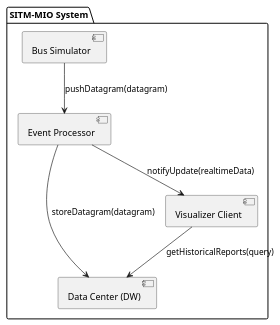
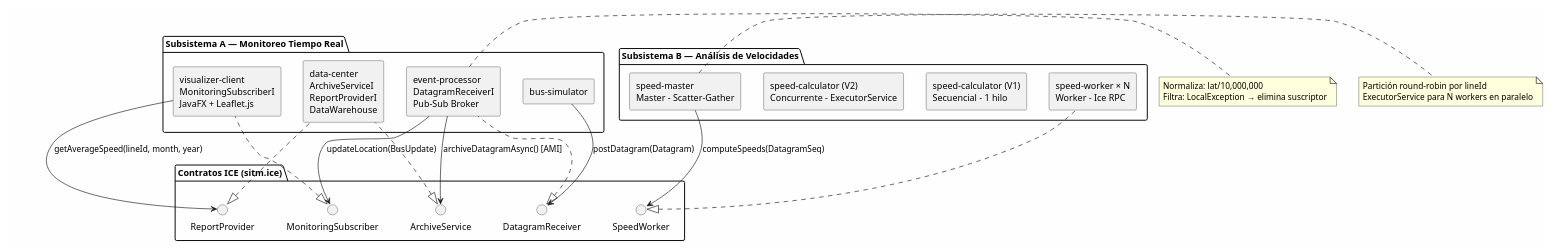
One commit to JOSED235/SITM-MIOLNJ changed the diagram in Entrega-SITM-MIO/3_Implementacion/sitm-mio/docs/ARCHITECTURE_PLAN.md. Above: the diagram before and after it, drawn with PlantUML. The commit also changed other lines of this file and 18 other files, not shown here.

````diff
--- a/Entrega-SITM-MIO/3_Implementacion/sitm-mio/docs/ARCHITECTURE_PLAN.md
+++ b/Entrega-SITM-MIO/3_Implementacion/sitm-mio/docs/ARCHITECTURE_PLAN.md
@@ -5,15 +8,50 @@
 ```plantuml
 @startuml
-package "SITM-MIO System" {
-    [Bus Simulator] as BS
-    [Event Processor] as EP
-    [Data Center (DW)] as DC
-    [Visualizer Client] as VC
+skinparam componentStyle rectangle
+skinparam backgroundColor #FEFEFE
+
+package "Contratos ICE (sitm.ice)" {
+    interface DatagramReceiver
+    interface ArchiveService
+    interface MonitoringSubscriber
+    interface ReportProvider
+    interface SpeedWorker
 }
 
-BS --> EP : pushDatagram(datagram)
-EP --> DC : storeDatagram(datagram)
-EP --> VC : notifyUpdate(realtimeData)
-VC --> DC : getHistoricalReports(query)
+package "Subsistema A — Monitoreo Tiempo Real" {
+    [bus-simulator] as BS
+    [event-processor\nDatagramReceiverI\nPub-Sub Broker] as EP
+    [data-center\nArchiveServiceI\nReportProviderI\nDataWarehouse] as DC
+    [visualizer-client\nMonitoringSubscriberI\nJavaFX + Leaflet.js] as VC
+}
+
+package "Subsistema B — Análisis de Velocidades" {
+    [speed-calculator (V1)\nSecuencial - 1 hilo] as V1
+    [speed-calculator (V2)\nConcurrente - ExecutorService] as V2
+    [speed-master\nMaster - Scatter-Gather] as SM
+    [speed-worker × N\nWorker - Ice RPC] as SW
+}
+
+BS --> DatagramReceiver : postDatagram(Datagram)
+DatagramReceiver <|.. EP
+EP --> ArchiveService : archiveDatagramAsync() [AMI]
+ArchiveService <|.. DC
+EP --> MonitoringSubscriber : updateLocation(BusUpdate)
+MonitoringSubscriber <|.. VC
+VC --> ReportProvider : getAverageSpeed(lineId, month, year)
+ReportProvider <|.. DC
+
+SM --> SpeedWorker : computeSpeeds(DatagramSeq)
+SpeedWorker <|.. SW
+
+note right of EP
+  Normaliza: lat/10,000,000
+  Filtra: LocalException → elimina suscriptor
+end note
+
+note right of SM
+  Partición round-robin por lineId
+  ExecutorService para N workers en paralelo
+end note
 @enduml
 ```
````
